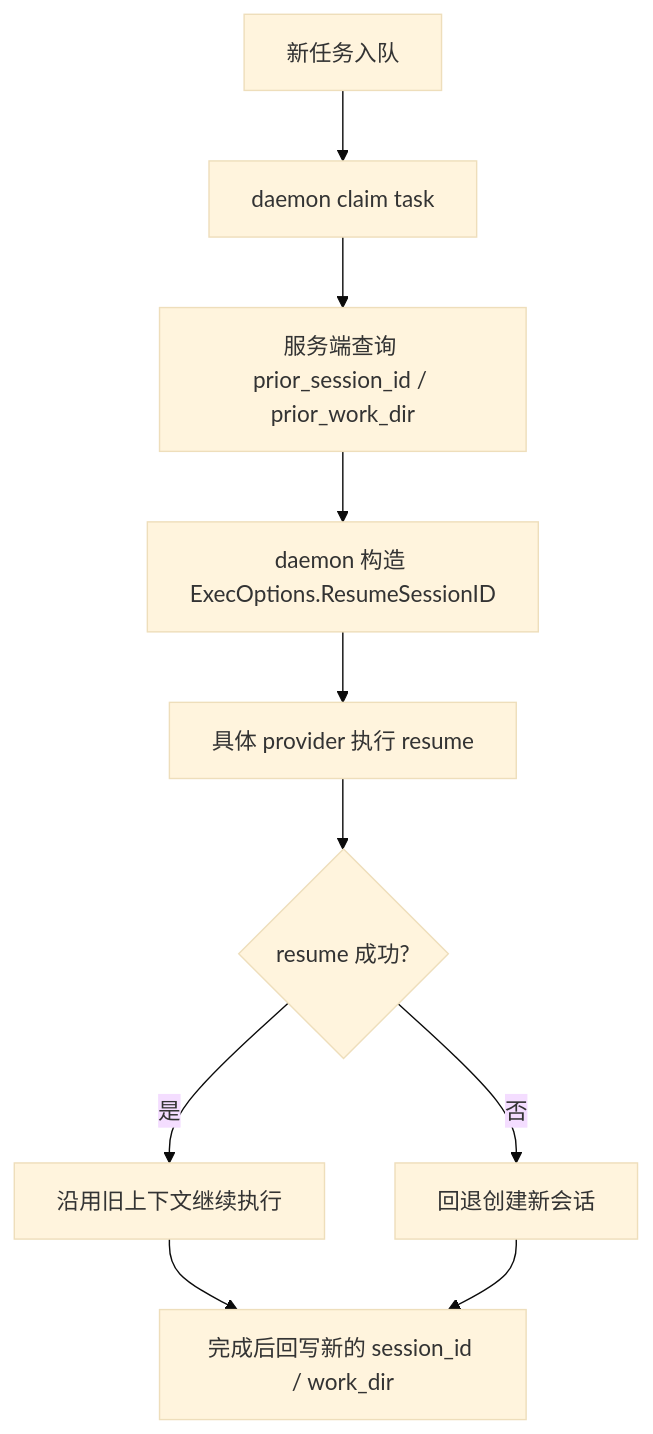
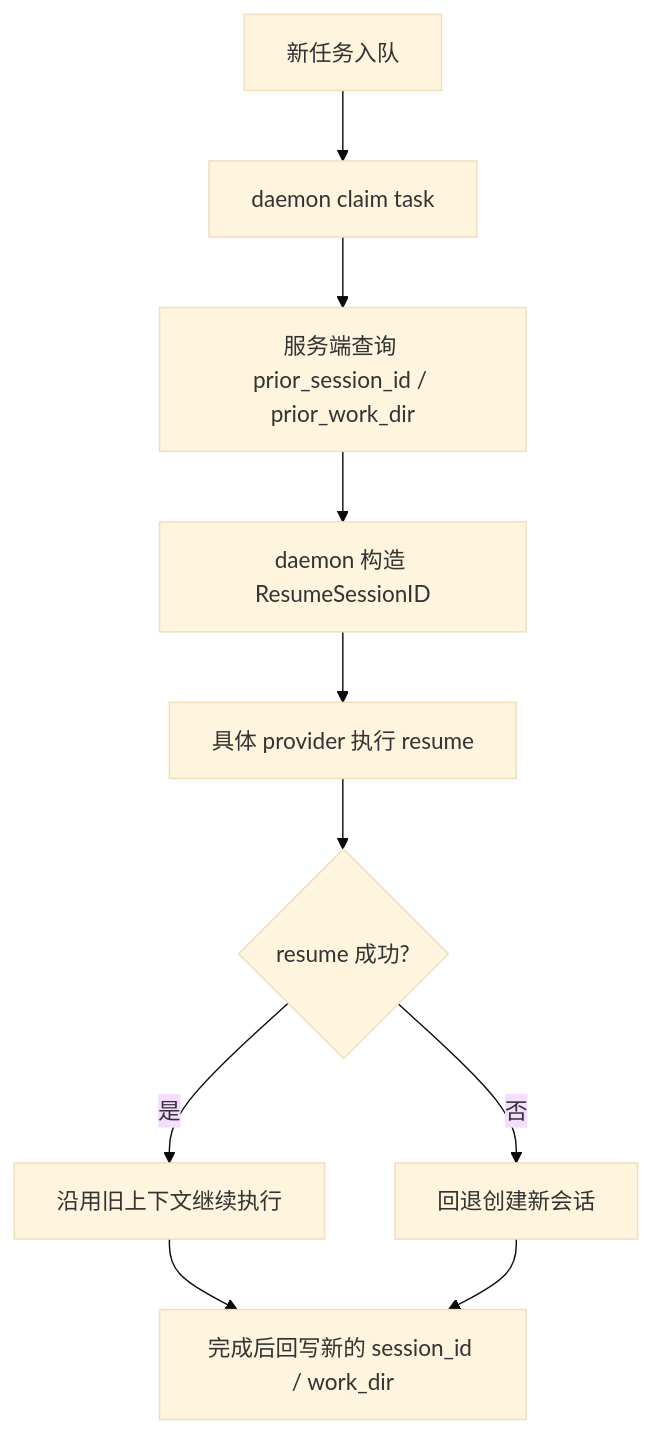
One commit to ninggc/multica changed diagram 13 of 16 in my-docs/multica-架构与权限分析.md. Above: the diagram before and after it, drawn with Mermaid (base theme). The commit also changed other lines of this file and 1 other file, not shown here.

````diff
--- a/my-docs/multica-架构与权限分析.md
+++ b/my-docs/multica-架构与权限分析.md
@@ -802,12 +619,12 @@
 ```mermaid
 flowchart TD
     A["新任务入队"] --> B["daemon claim task"]
     B --> C["服务端查询 prior_session_id / prior_work_dir"]
-    C --> D["daemon 构造 ExecOptions.ResumeSessionID"]
+    C --> D["daemon 构造 ResumeSessionID"]
     D --> E["具体 provider 执行 resume"]
     E --> F{"resume 成功?"}
     F -->|"是"| G["沿用旧上下文继续执行"]
     F -->|"否"| H["回退创建新会话"]
     G --> I["完成后回写新的 session_id / work_dir"]
     H --> I
 ```
````
